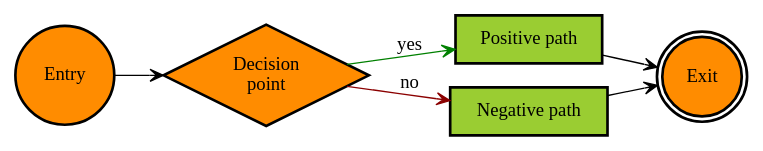
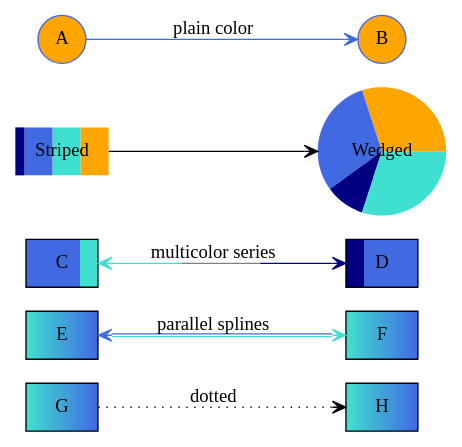
One commit to mariusz-schimke/GiGraph changed the third of 8 diagrams in README.md. Above: the diagram before and after it, drawn with Graphviz. The commit also changed other lines of this file, not shown here.

````diff
--- a/README.md
+++ b/README.md
@@ -189,25 +244,38 @@
 ```dot
 digraph
 {
     rankdir = LR
 
-    node [ shape = rectangle, style = "bold, filled", fillcolor = "#ff8c00ff" ]
-    edge [ arrowhead = vee ]
+    node [ fillcolor = "turquoise:royalblue", shape = rectangle, style = filled ]
+    edge [ arrowhead = vee, arrowtail = vee ]
 
     {
-        node [ fillcolor = "#9acd32ff" ]
-
-        Option1 [ label = "Positive path" ]
-        Option2 [ label = "Negative path" ]
+        G -> H [ label = dotted, style = dotted ]
     }
 
-    Entry [ shape = circle ]
-    Decision [ shape = diamond, label = "Decision\npoint" ]
-    Exit [ shape = doublecircle ]
+    {
+        E -> F [ color = "turquoise:royalblue", dir = both, label = "parallel splines" ]
+    }
 
-    Entry -> Decision
-    Decision -> Option1 [ color = "#008000ff", label = yes ]
-    Decision -> Option2 [ color = "#8b0000ff", label = no ]
-    { Option1 Option2 } -> Exit
+    {
+        C [ fillcolor = "royalblue:turquoise;0.25" ]
+        D [ fillcolor = "navy;0.25:royalblue" ]
+
+        C -> D [ color = "turquoise;0.33:gray;0.33:navy", dir = both, label = "multicolor series" ]
+    }
+
+    {
+        Striped [ color = transparent, fillcolor = "navy;0.1:royalblue:turquoise:orange", style = "filled, striped" ]
+        Wedged [ color = transparent, fillcolor = "orange:royalblue:navy;0.1:turquoise", shape = circle, style = "filled, wedged" ]
+
+        Striped -> Wedged
+    }
+
+    {
+        node [ color = royalblue, fillcolor = orange, shape = circle ]
+        edge [ color = royalblue ]
+
+        A -> B [ label = "plain color" ]
+    }
 }
 ```
````
